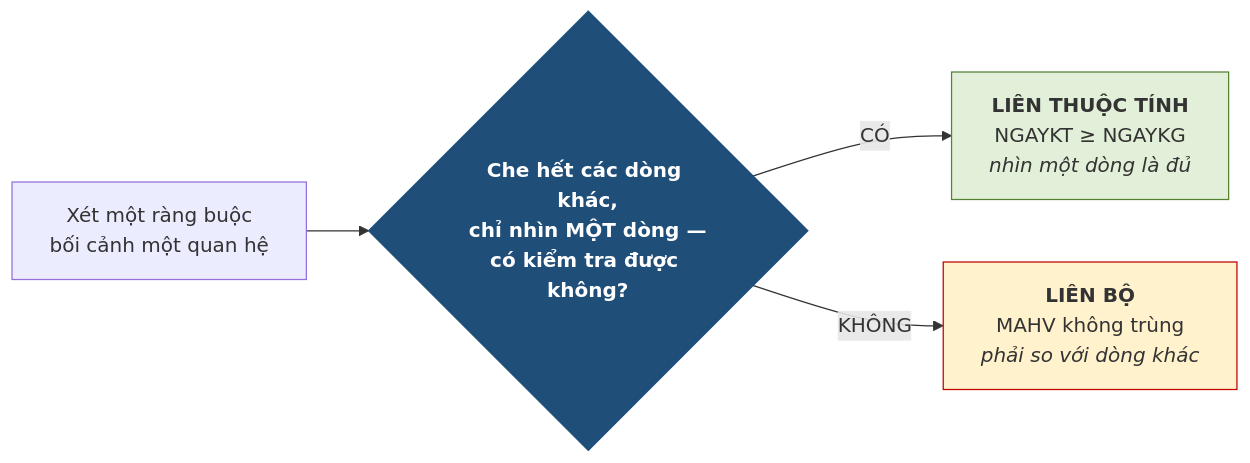
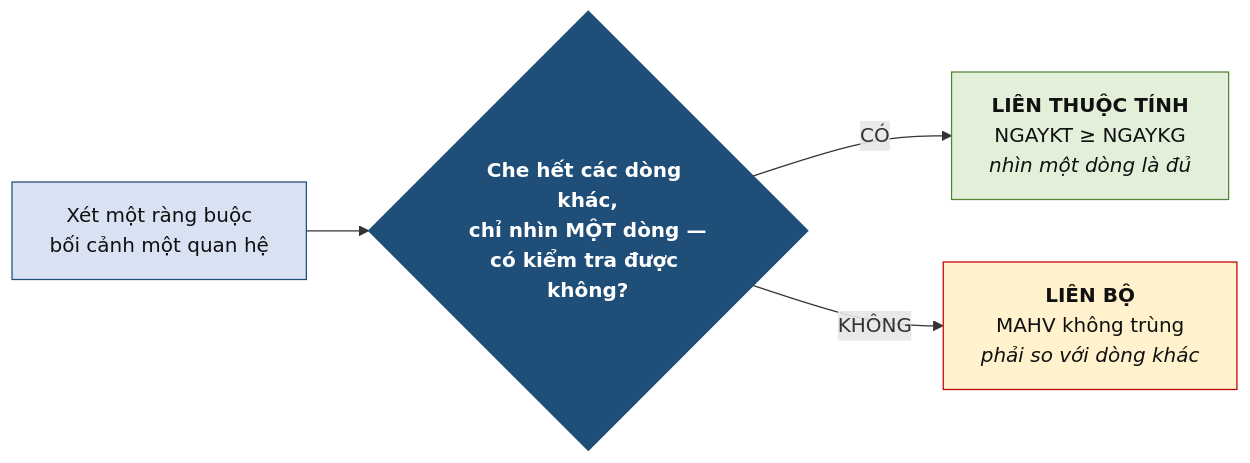
The diagram in docs/chuong-4/4-5-rang-buoc-toan-ven-boi-canh-mot-quan-he.md (CuongNguyenDAU/csdl-dbs201), drawn with Mermaid before and after one commit. The commit also changed other lines of this file and 123 other files, not shown here.

Commit message:
Cập nhật bài giảng v7: sơ đồ ER ký pháp Chen, hình minh họa tự vẽ, mở rộng toàn diện Chương 5 và bổ sung lời giải A4, B5

````diff
--- a/docs/chuong-4/4-5-rang-buoc-toan-ven-boi-canh-mot-quan-he.md
+++ b/docs/chuong-4/4-5-rang-buoc-toan-ven-boi-canh-mot-quan-he.md
@@ -76,10 +72,11 @@
 ```mermaid
 flowchart LR
     Q["Xét một ràng buộc<br/>bối cảnh một quan hệ"]
     Q --> T{"<b>Che hết các dòng khác,<br/>chỉ nhìn MỘT dòng —<br/>có kiểm tra được không?</b>"}
     T -->|"CÓ"| A["<b>LIÊN THUỘC TÍNH</b><br/>NGAYKT ≥ NGAYKG<br/><i>nhìn một dòng là đủ</i>"]
     T -->|"KHÔNG"| B["<b>LIÊN BỘ</b><br/>MAHV không trùng<br/><i>phải so với dòng khác</i>"]
-    style T fill:#1F4E79,color:#fff,stroke:#1F4E79,stroke-width:2px
-    style A fill:#E2F0D9,stroke:#548235
-    style B fill:#FFF2CC,stroke:#C00000
+    style Q fill:#D9E2F3,stroke:#1F4E79,color:#111111
+    style T fill:#1F4E79,color:#ffffff,stroke:#1F4E79,stroke-width:2px
+    style A fill:#E2F0D9,stroke:#548235,color:#111111
+    style B fill:#FFF2CC,stroke:#C00000,color:#111111
 ```
````
